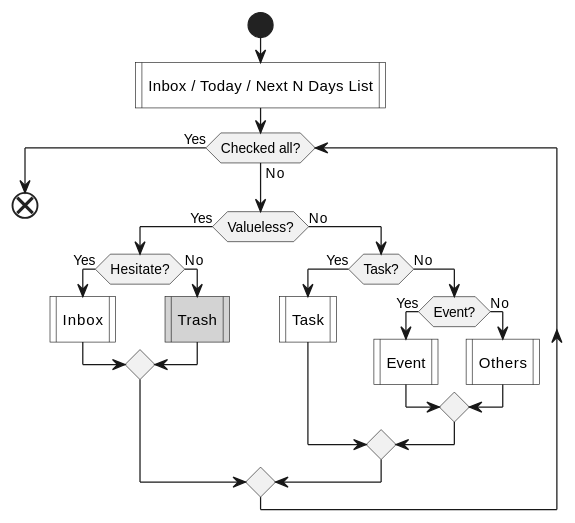
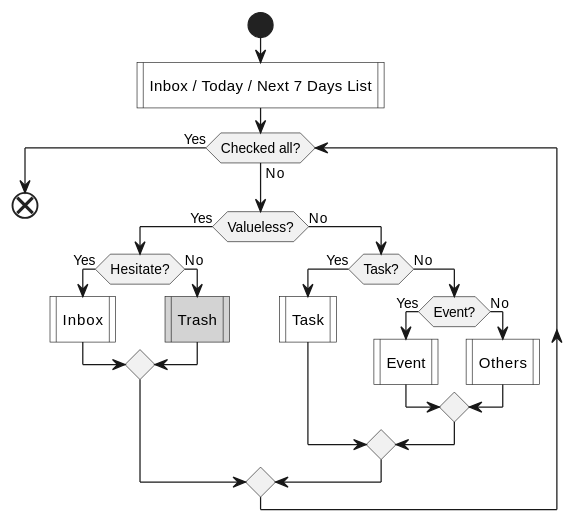
The second of 6 diagrams in lifelogs/rehabilitation.md (IceHe/icehe-lib), drawn with PlantUML before and after one commit. The commit also changed other lines of this file, not shown here.

````diff
--- a/lifelogs/rehabilitation.md
+++ b/lifelogs/rehabilitation.md
@@ -152,26 +152,26 @@
 ```plantuml
 @startuml
 start
-#white:Inbox / Today / Next N Days List|
+#white:Inbox / Today / Next 7 Days List|
 while (Checked all?) is (No)
     if (Valueless?) then (Yes)
         if (Hesitate?) then (Yes)
             #white:Inbox|
         else (No)
             #lightGray:Trash|
         endif
     else (No)
         if (Task?) then (Yes)
             #white:Task|
         else (No)
             if (Event?) then (Yes)
                 #white:Event|
             else (No)
                 #white:Others|
             endif
         endif
     endif
 endwhile (Yes)
 end
 @enduml
 ```
````
